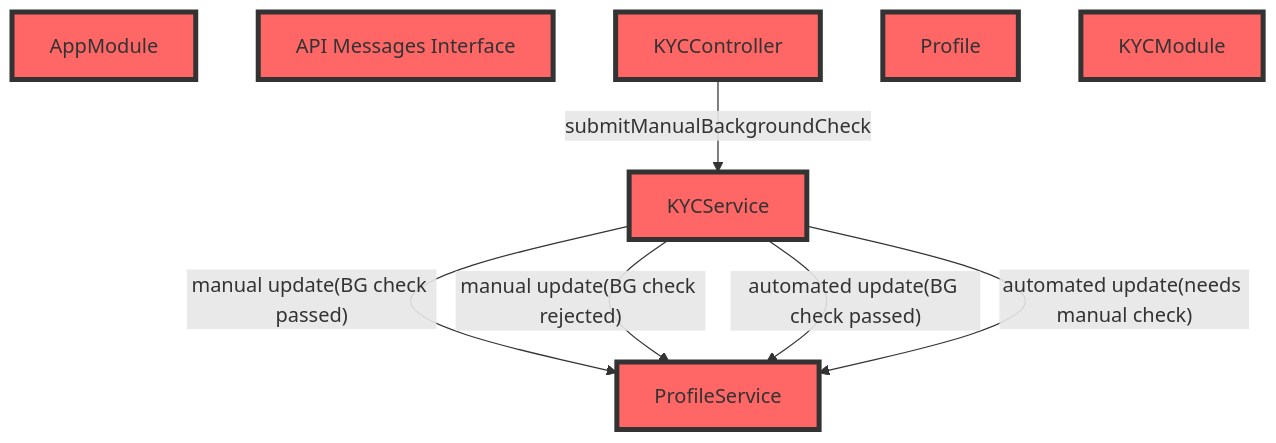
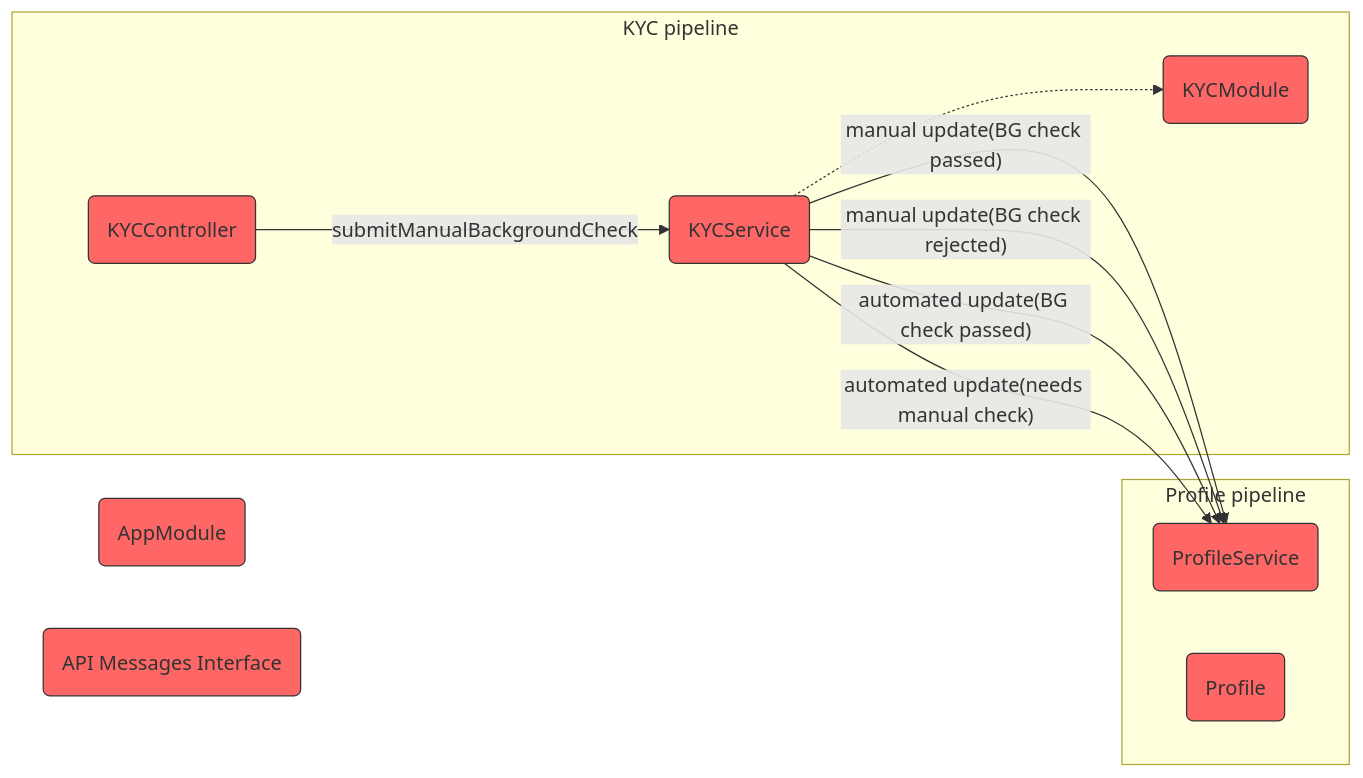
One commit to boostercloud/kyc-example changed the eighth of 13 diagrams in README.md. Above: the diagram before and after it, drawn with Mermaid. The commit also changed other lines of this file and 10 other files, not shown here.

````diff
--- a/README.md
+++ b/README.md
@@ -307,14 +389,20 @@
 ```mermaid
-graph TD;
-    classDef red fill:#ff6666,stroke:#333,stroke-width:4px,color:#333;
-    A[AppModule]
-    C[API Messages Interface]
-    B[KYCController] -->|"submitManualBackgroundCheck"| D[KYCService]
-    D -->|"manual update(BG check passed)"| F[ProfileService]
-    D -->|"manual update(BG check rejected)"| F[ProfileService]
-    D -->|"automated update(BG check passed)"| F[ProfileService]
-    D -->|"automated update(needs manual check)"| F[ProfileService]
-    G[Profile]
-    E[KYCModule]
+graph LR
+    classDef red fill:#ff6666,stroke:#333,stroke-width:1px,color:#333;
+    A(AppModule)
+    C(API Messages Interface)
+    subgraph KYC pipeline
+        E(KYCModule)
+        B(KYCController) -->|"submitManualBackgroundCheck"| D(KYCService)
+        D -.-> E
+    end
+    subgraph Profile pipeline
+        F(ProfileService)
+        G(Profile)
+    end
+    D -->|"manual update(BG check passed)"| F
+    D -->|"manual update(BG check rejected)"| F
+    D -->|"automated update(BG check passed)"| F
+    D -->|"automated update(needs manual check)"| F
     class A,B,C,D,E,F,G red;
 ```
````
